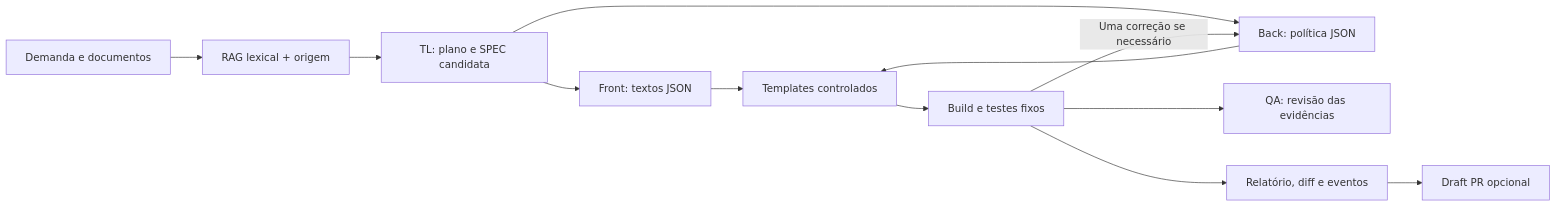
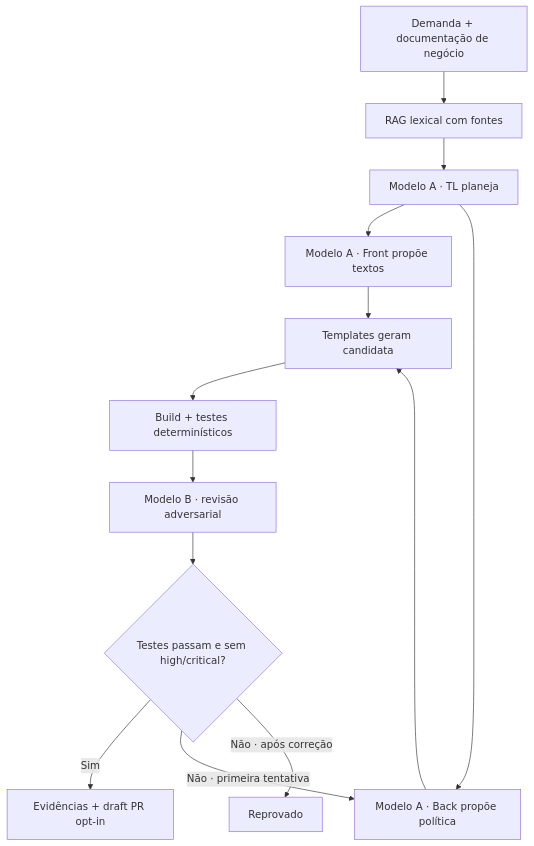
The diagram in specs/lab-09-ai-squad/plan.md (ueidesantos/kiss-ai-labs), drawn with Mermaid before and after one commit. The commit also changed other lines of this file and 30 other files, not shown here.

````diff
--- a/specs/lab-09-ai-squad/plan.md
+++ b/specs/lab-09-ai-squad/plan.md
@@ -3,14 +3,15 @@
 ```mermaid
-flowchart LR
-  D[Demanda e documentos] --> R[RAG lexical + origem]
-  R --> TL[TL: plano e SPEC candidata]
-  TL --> F[Front: textos JSON]
-  TL --> B[Back: política JSON]
-  F --> T[Templates controlados]
-  B --> T
-  T --> V[Build e testes fixos]
-  V --> QA[QA: revisão das evidências]
-  V -->|Uma correção se necessário| B
-  V --> E[Relatório, diff e eventos]
-  E --> P[Draft PR opcional]
+flowchart TD
+  D[Demanda + documentação de negócio] --> R[RAG lexical com fontes]
+  R --> TL[Modelo A · TL planeja]
+  TL --> F[Modelo A · Front propõe textos]
+  TL --> B[Modelo A · Back propõe política]
+  F --> C[Templates geram candidata]
+  B --> C
+  C --> T[Build + testes determinísticos]
+  T --> Q[Modelo B · revisão adversarial]
+  Q --> G{Testes passam e sem high/critical?}
+  G -->|Sim| E[Evidências + draft PR opt-in]
+  G -->|Não · primeira tentativa| B
+  G -->|Não · após correção| X[Reprovado]
 ```
````
